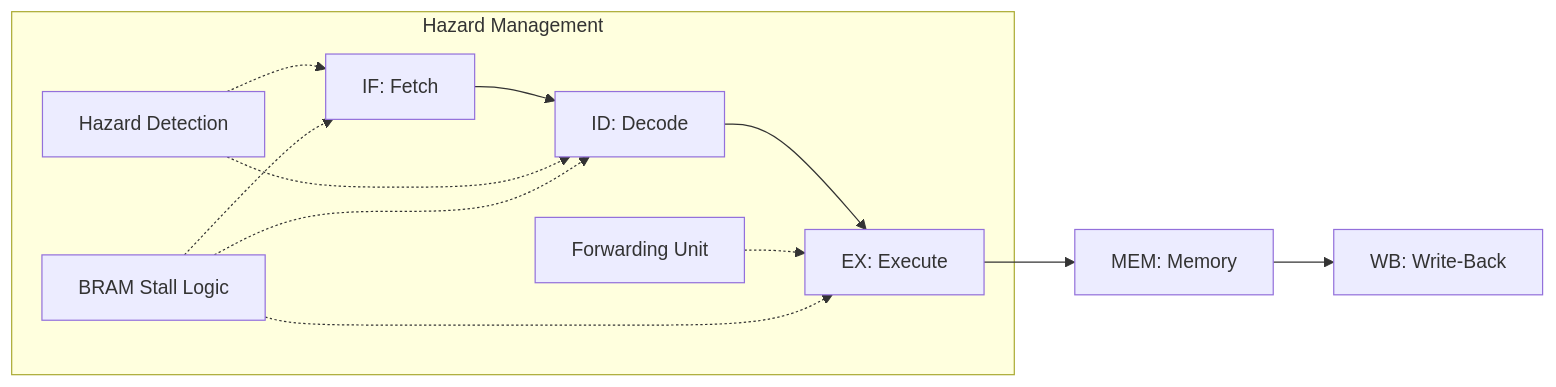
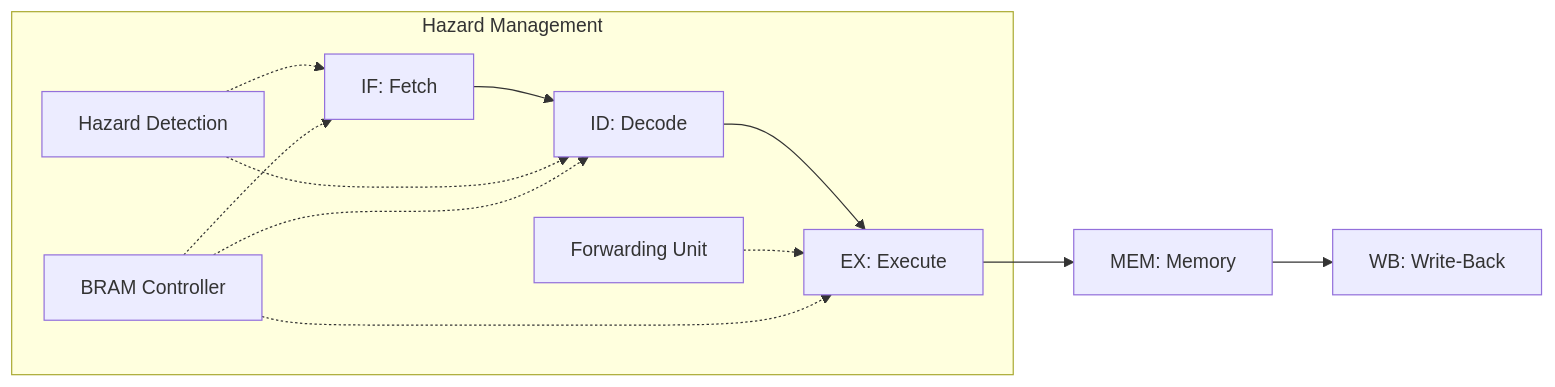
Before and after one commit to TuanSuyTu/riscv-pipeline: the diagram in README.md, drawn with Mermaid. The commit also changed other lines of this file and 3 other files, not shown here.

````diff
--- a/README.md
+++ b/README.md
@@ -54,13 +54,13 @@
 ```mermaid
 graph LR
     IF[IF: Fetch] --> ID[ID: Decode]
     ID --> EX[EX: Execute]
     EX --> MEM[MEM: Memory]
     MEM --> WB[WB: Write-Back]
     
     subgraph "Hazard Management"
     FWD[Forwarding Unit] -.-> EX
     HAZ[Hazard Detection] -.-> IF & ID
-    BRAM_STALL[BRAM Stall Logic] -.-> IF & ID & EX
+    BRAM[BRAM Controller] -.-> IF & ID & EX
     end
 ```
````
